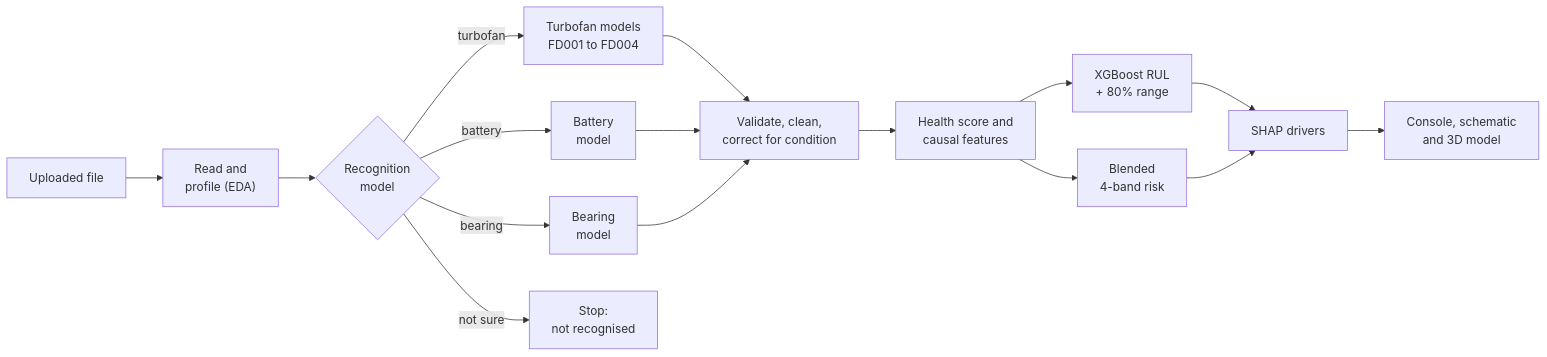
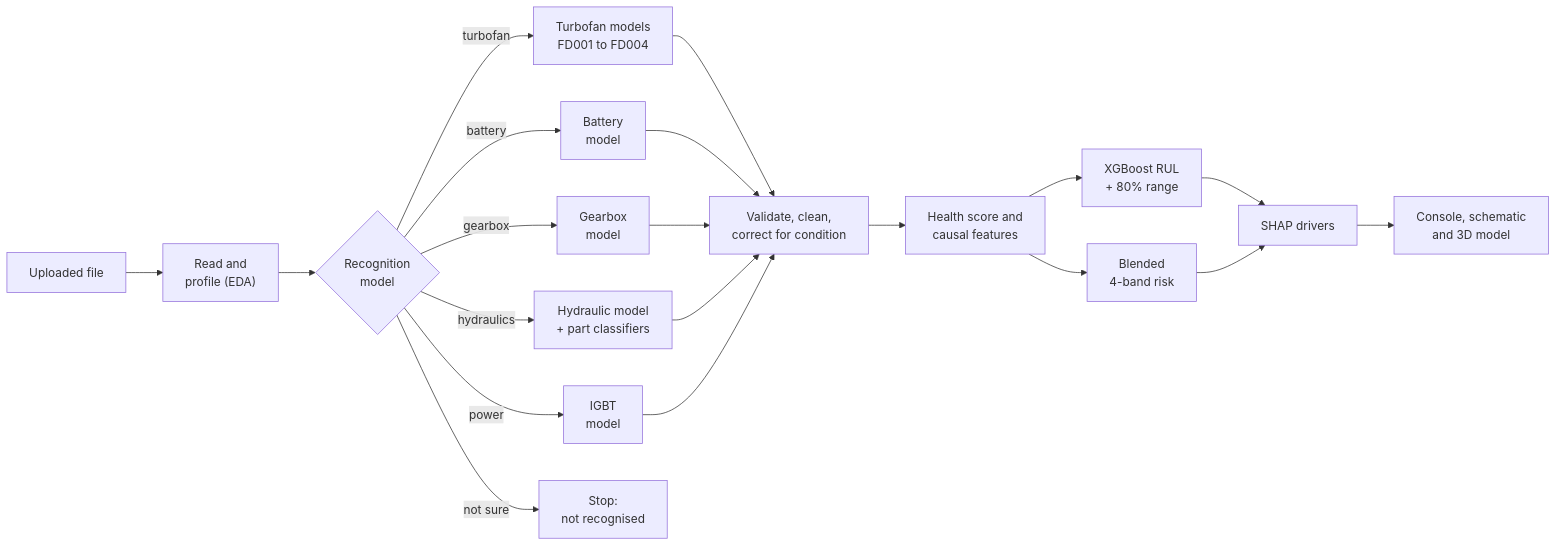
The diagram in README.md (Ruc-hi21/AeroSentineL), drawn with Mermaid before and after one commit. The commit also changed other lines of this file and 27 other files, not shown here.

First line of the commit message:
ui: gearbox, hydraulic and IGBT 3D models, overlap-free animation, readable charts

````diff
--- a/README.md
+++ b/README.md
@@ -186,18 +204,22 @@
 ```mermaid
 flowchart LR
     A["Uploaded file"] --> B["Read and<br/>profile (EDA)"]
     B --> R{"Recognition<br/>model"}
     R -->|turbofan| T["Turbofan models<br/>FD001 to FD004"]
     R -->|battery| C["Battery<br/>model"]
-    R -->|bearing| G["Bearing<br/>model"]
+    R -->|gearbox| G["Gearbox<br/>model"]
+    R -->|hydraulics| H["Hydraulic model<br/>+ part classifiers"]
+    R -->|power| W["IGBT<br/>model"]
     R -->|not sure| X["Stop:<br/>not recognised"]
     T --> P["Validate, clean,<br/>correct for condition"]
     C --> P
     G --> P
+    H --> P
+    W --> P
     P --> F["Health score and<br/>causal features"]
     F --> E["XGBoost RUL<br/>+ 80% range"]
     F --> K["Blended<br/>4-band risk"]
     E --> S["SHAP drivers"]
     K --> S
     S --> U["Console, schematic<br/>and 3D model"]
 ```
````
